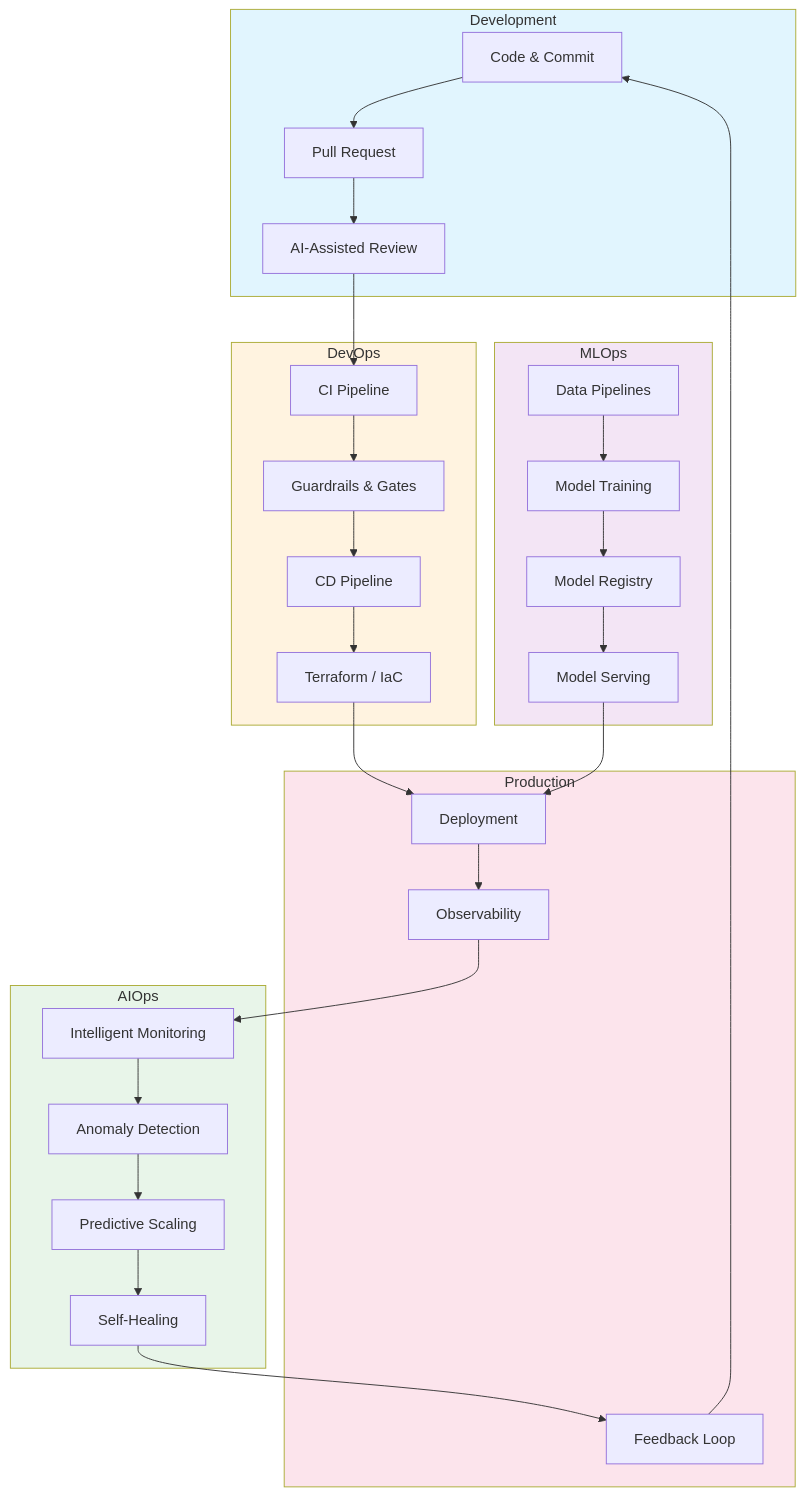
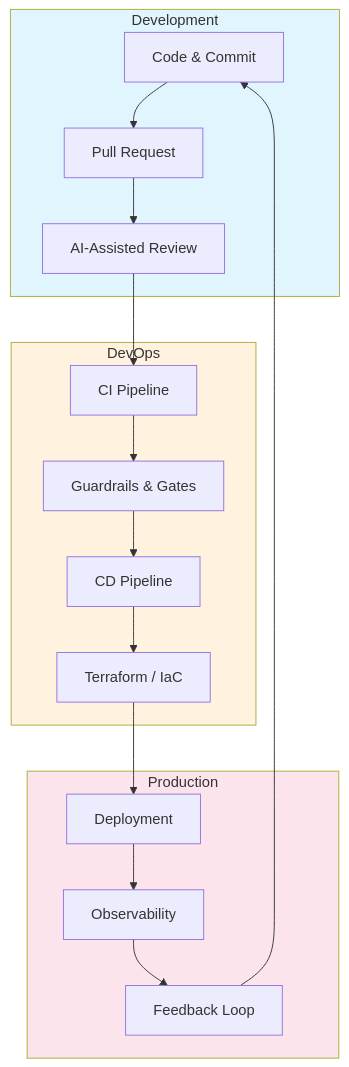
The second of 2 diagrams in profile/README.md (4KMetrics/.github), drawn with Mermaid before and after one commit. The commit also changed other lines of this file, not shown here.

Commit message:
Trim MLOps/AIOps claims to match actual capabilities
- Remove MLOps section (training, registry, serving) from diagram
- Remove AIOps section (anomaly detection, predictive scaling, self-healing)
- Change "ML Pipelines" to "ML Deployment" (SageMaker endpoints)
- Simplify pipeline flow: Dev → DevOps → Production

````diff
--- a/profile/README.md
+++ b/profile/README.md
@@ -75,50 +75,29 @@
 ```mermaid
 flowchart TB
     subgraph DEV["Development"]
         CODE[Code & Commit]
         PR[Pull Request]
         REVIEW[AI-Assisted Review]
     end
 
     subgraph DEVOPS["DevOps"]
         CI[CI Pipeline]
         CD[CD Pipeline]
         IaC[Terraform / IaC]
         GUARD[Guardrails & Gates]
     end
 
-    subgraph MLOPS["MLOps"]
-        DATA[Data Pipelines]
-        TRAIN[Model Training]
-        REGISTRY[Model Registry]
-        SERVE[Model Serving]
-    end
-
-    subgraph AIOPS["AIOps"]
-        MONITOR[Intelligent Monitoring]
-        DETECT[Anomaly Detection]
-        PREDICT[Predictive Scaling]
-        HEAL[Self-Healing]
-    end
-
     subgraph PROD["Production"]
         DEPLOY[Deployment]
         OBS[Observability]
         FEEDBACK[Feedback Loop]
     end
 
     CODE --> PR --> REVIEW --> CI
     CI --> GUARD --> CD --> IaC --> DEPLOY
-
-    DATA --> TRAIN --> REGISTRY --> SERVE --> DEPLOY
-
-    DEPLOY --> OBS --> MONITOR
-    MONITOR --> DETECT --> PREDICT --> HEAL
-    HEAL --> FEEDBACK --> CODE
+    DEPLOY --> OBS --> FEEDBACK --> CODE
 
     style DEV fill:#e1f5fe
     style DEVOPS fill:#fff3e0
-    style MLOPS fill:#f3e5f5
-    style AIOPS fill:#e8f5e9
     style PROD fill:#fce4ec
 ```
````
